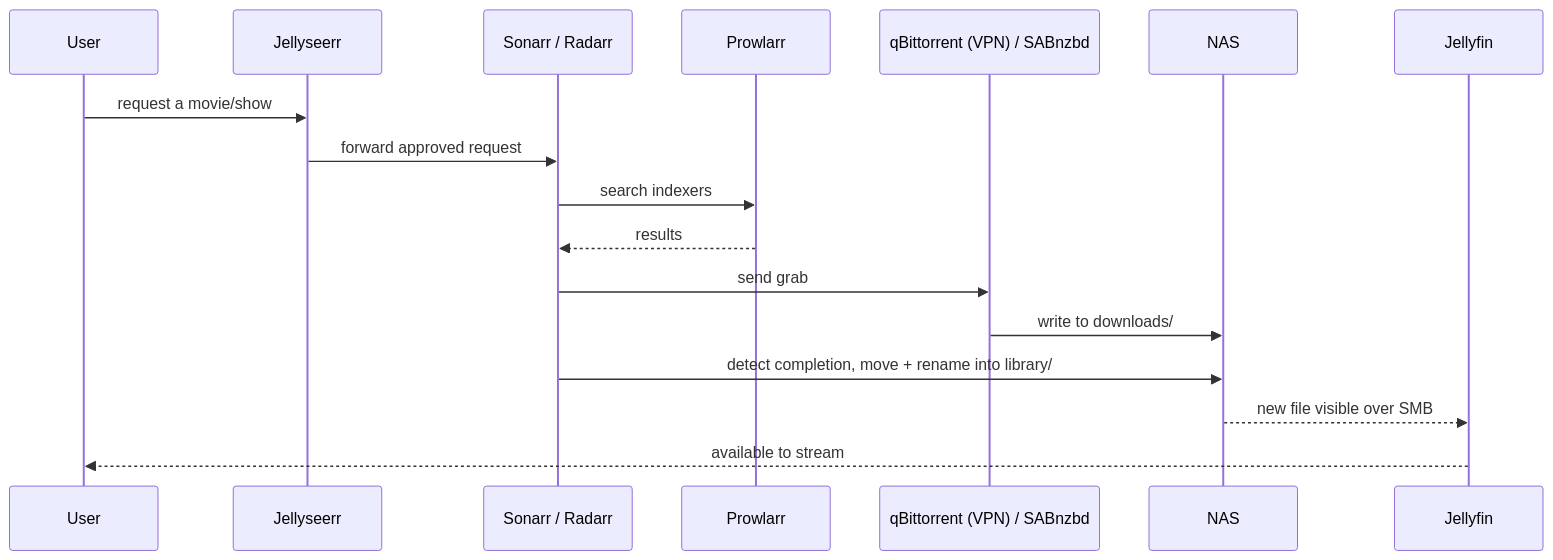
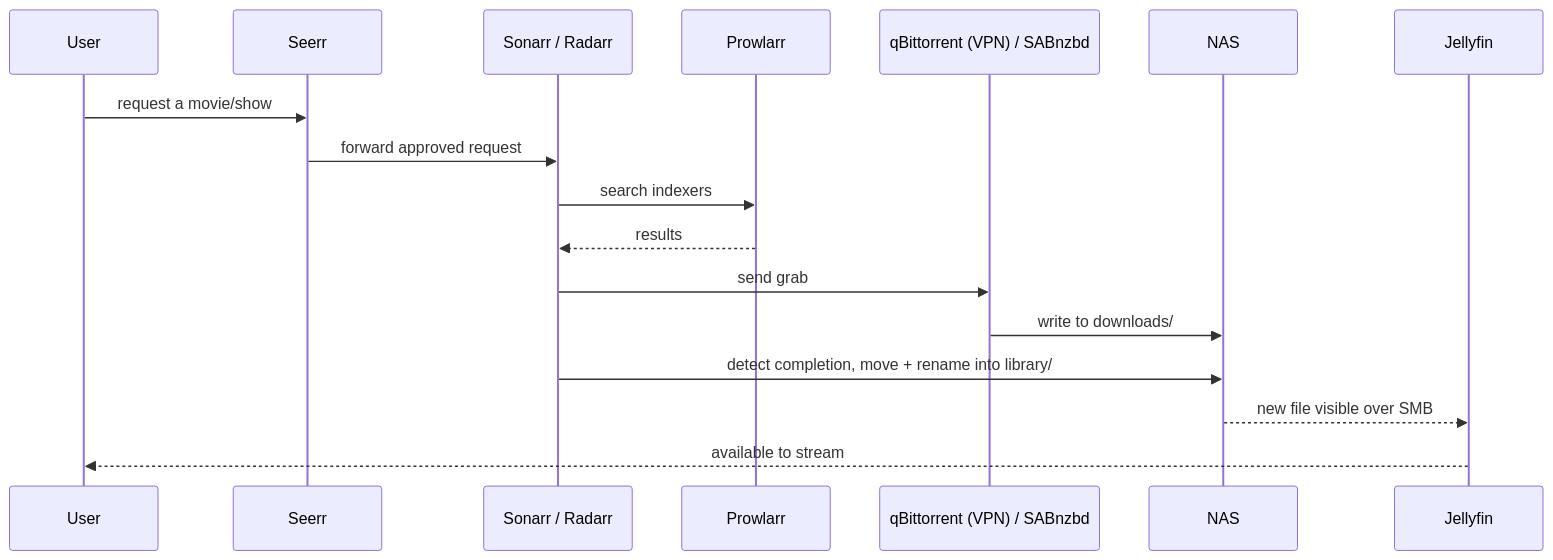
One commit to nikpcenicni/Nikflix changed the third of 3 diagrams in docs/architecture/media-stack.md. Above: the diagram before and after it, drawn with Mermaid. The commit also changed other lines of this file and 5 other files, not shown here.

First line of the commit message:
argocd: replace jellyseerr with seerr

````diff
--- a/docs/architecture/media-stack.md
+++ b/docs/architecture/media-stack.md
@@ -134,20 +134,20 @@
 ```mermaid
 sequenceDiagram
     participant U as User
-    participant JS as Jellyseerr
+    participant JS as Seerr
     participant Ar as Sonarr / Radarr
     participant Pr as Prowlarr
     participant DL as qBittorrent (VPN) / SABnzbd
     participant NAS as NAS
     participant JF as Jellyfin
 
     U->>JS: request a movie/show
     JS->>Ar: forward approved request
     Ar->>Pr: search indexers
     Pr-->>Ar: results
     Ar->>DL: send grab
     DL->>NAS: write to downloads/
     Ar->>NAS: detect completion, move + rename into library/
     NAS-->>JF: new file visible over SMB
     JF-->>U: available to stream
 ```
````
